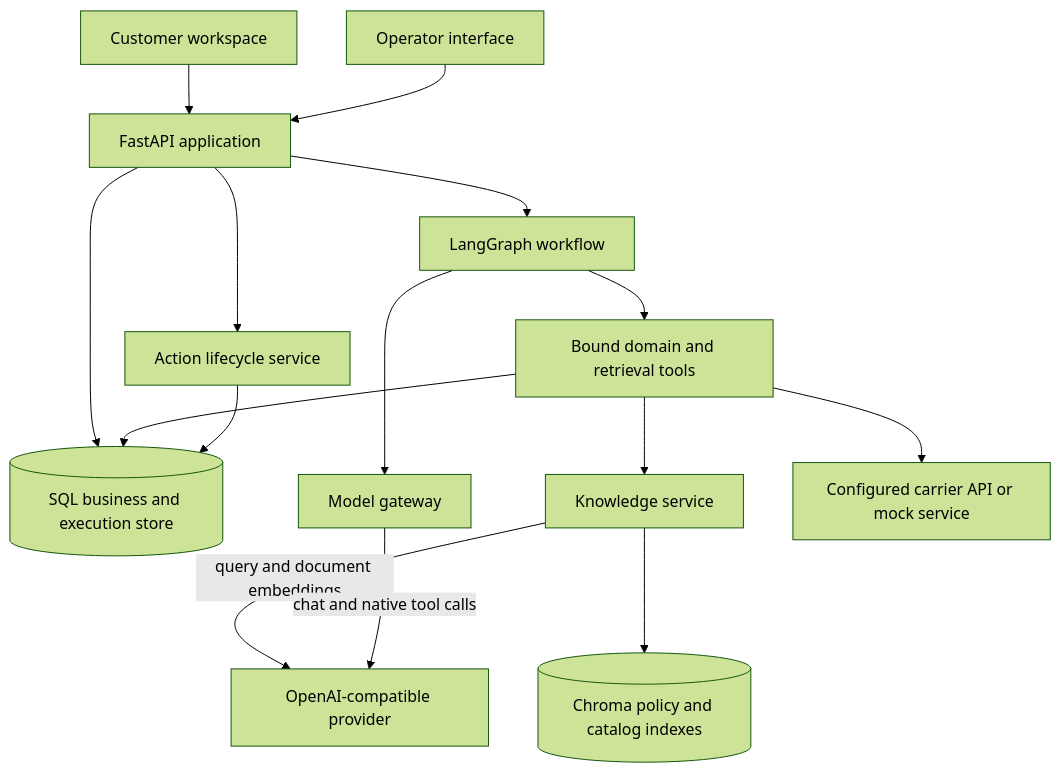
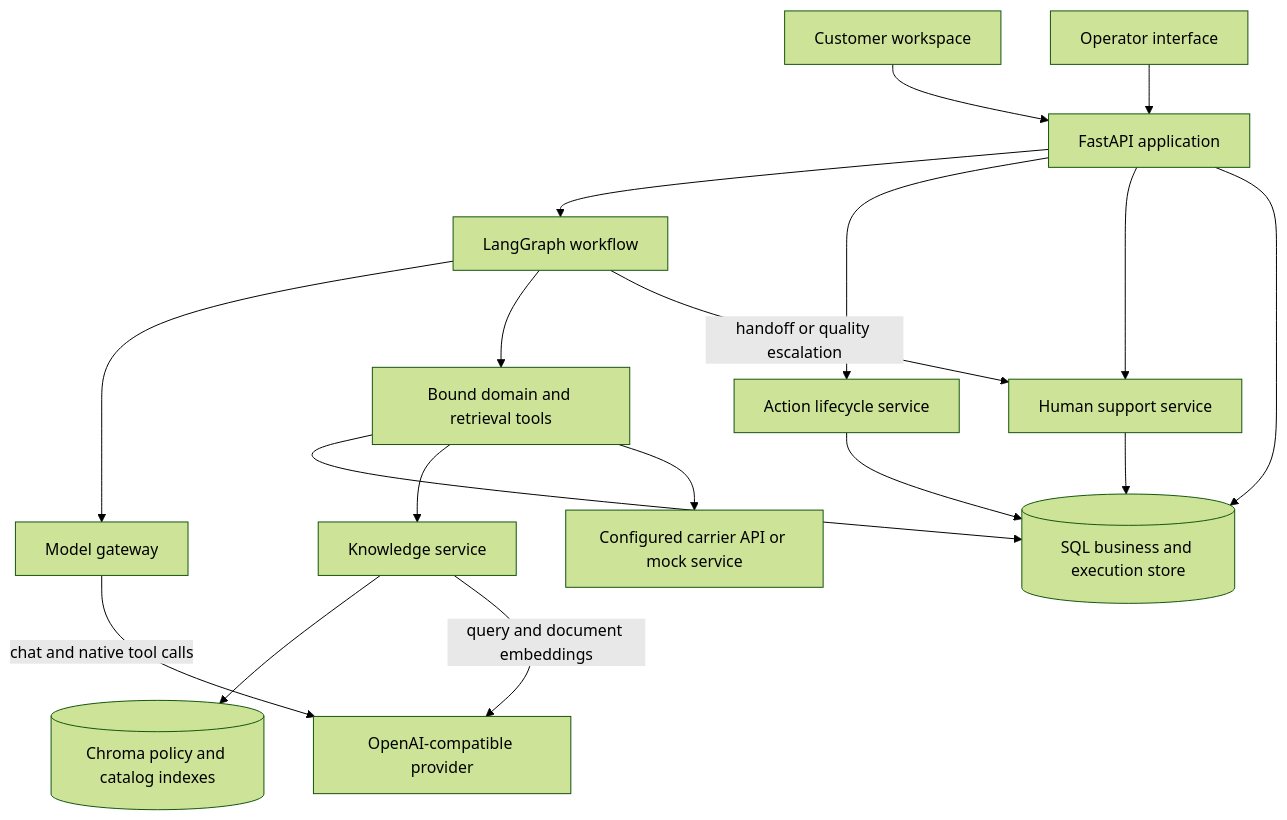
One commit to ManoochTayebi/Multi_agent_client changed the first of 6 diagrams in docs/ARCHITECTURE.md. Above: the diagram before and after it, drawn with Mermaid (forest theme). The commit also changed other lines of this file and 14 other files, not shown here.

Commit message:
Add direct human support handoff and operator conversation workflow

````diff
--- a/docs/ARCHITECTURE.md
+++ b/docs/ARCHITECTURE.md
@@ -19,17 +20,20 @@
 ```mermaid
 flowchart TD
     C[Customer workspace] --> API[FastAPI application]
     O[Operator interface] --> API
     API --> G[LangGraph workflow]
     API --> A[Action lifecycle service]
+    API --> S[Human support service]
     API --> DB[(SQL business and execution store)]
     G --> M[Model gateway]
     G --> T[Bound domain and retrieval tools]
     T --> DB
     T --> K[Knowledge service]
     T --> H[Configured carrier API or mock service]
     K --> V[(Chroma policy and catalog indexes)]
     K -->|query and document embeddings| P[OpenAI-compatible provider]
     M -->|chat and native tool calls| P
     A --> DB
+    S --> DB
+    G -->|handoff or quality escalation| S
 ```
````
